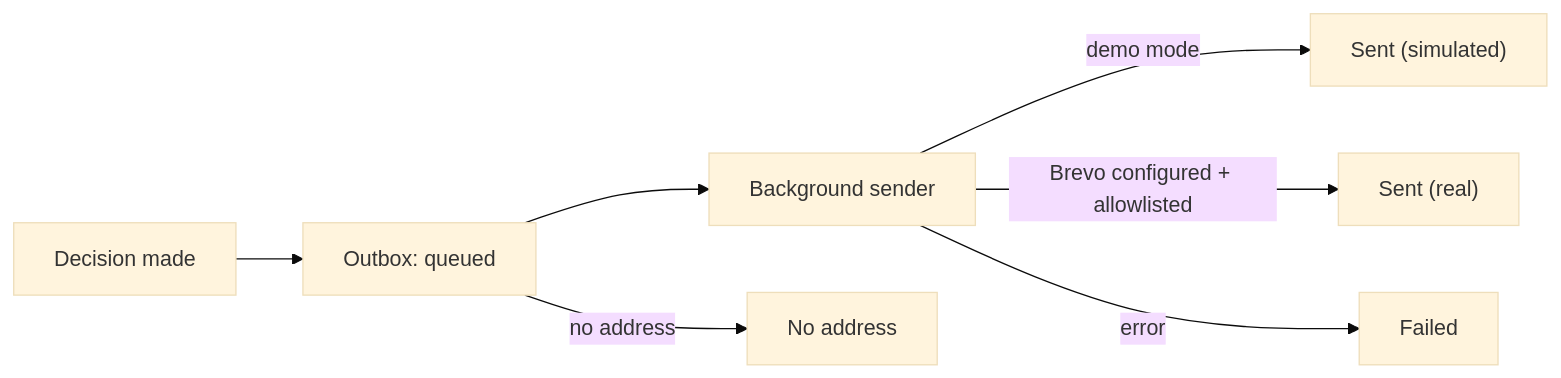
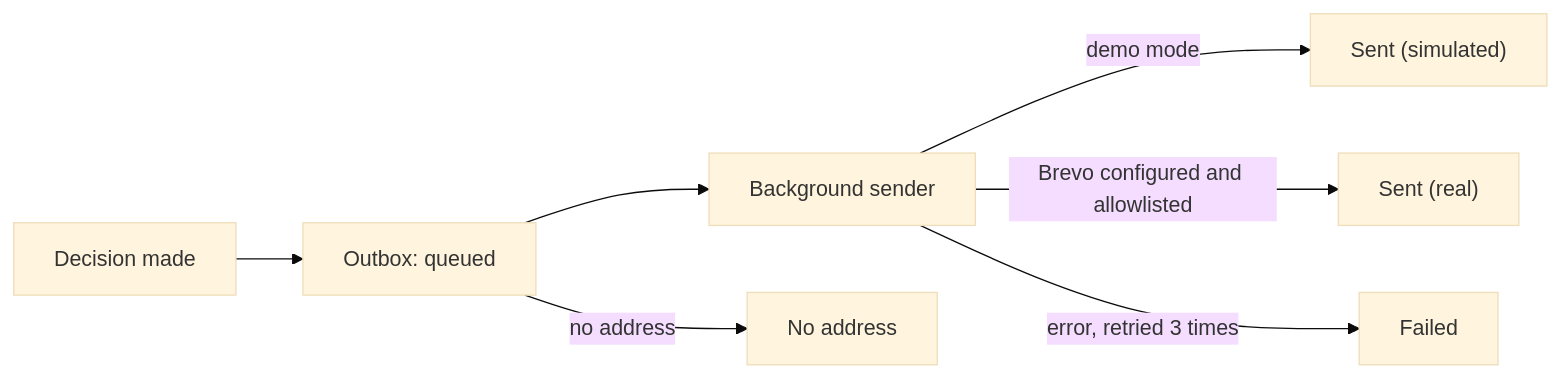
One commit to ShubhamK0802/vendor-onboarding-flask changed the sixth of 6 diagrams in docs/WORKFLOW.md. Above: the diagram before and after it, drawn with Mermaid (base theme). The commit also changed other lines of this file and 22 other files, not shown here.

````diff
--- a/docs/WORKFLOW.md
+++ b/docs/WORKFLOW.md
@@ -74,9 +93,9 @@
 ```mermaid
 flowchart LR
     E[Decision made] --> O[Outbox: queued]
     O --> W[Background sender]
     W -->|demo mode| SIM["Sent (simulated)"]
-    W -->|Brevo configured + allowlisted| BR["Sent (real)"]
-    W -->|error| F[Failed]
+    W -->|Brevo configured and allowlisted| BR["Sent (real)"]
+    W -->|error, retried 3 times| F[Failed]
     O -->|no address| N[No address]
 ```
````
